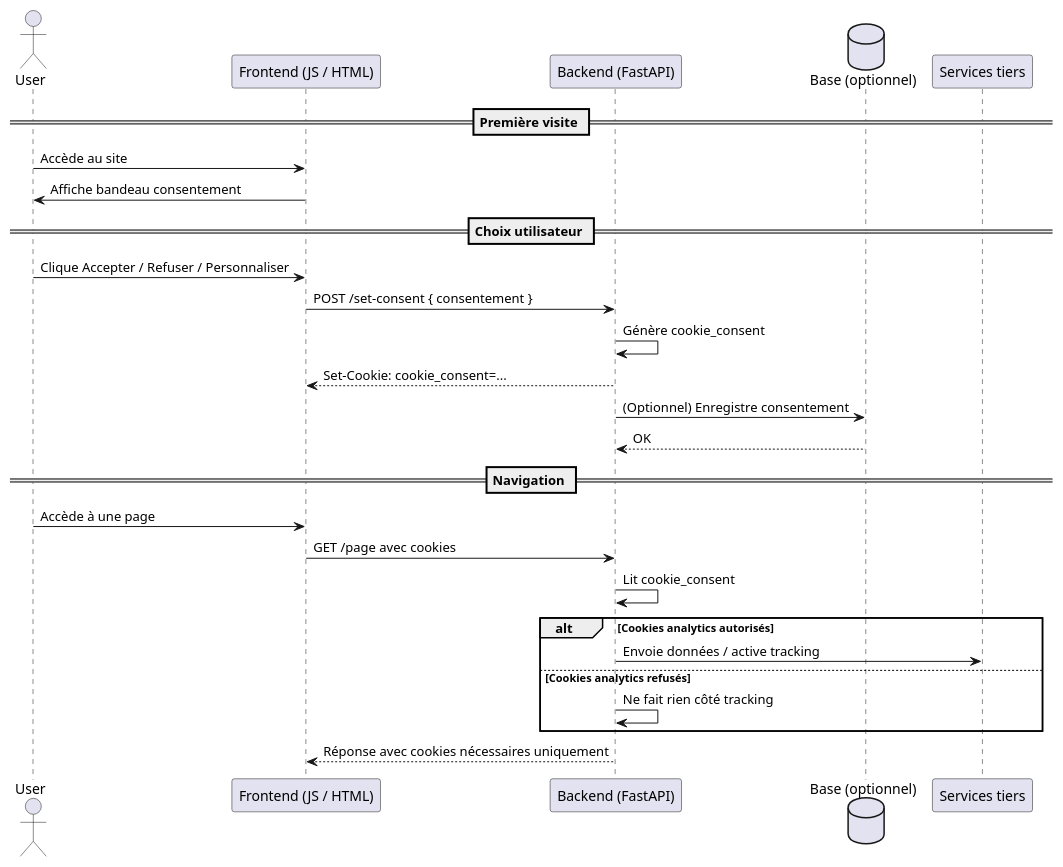
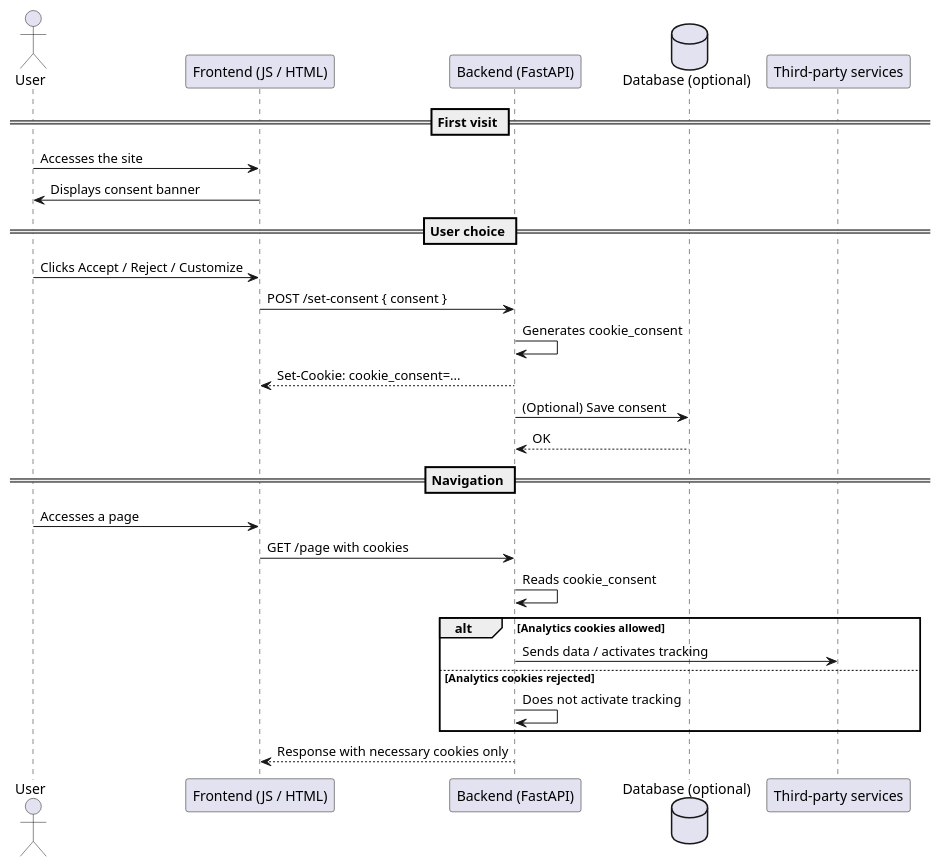
Before and after one commit to heavenssealer/GDPR-compliant-project: the diagram in frontend/architecture/cookies_consent.puml, drawn with PlantUML. The commit also changed 8 other files, not shown here.

```diff
--- a/frontend/architecture/cookies_consent.puml
+++ b/frontend/architecture/cookies_consent.puml
@@ -1,31 +1,31 @@
 @startuml
 actor "User" as User
 participant "Frontend (JS / HTML)" as Frontend
 participant "Backend (FastAPI)" as Backend
-database "Base (optionnel)" as DB
+database "Database (optional)" as DB
 
-== Première visite ==
-User -> Frontend : Accède au site
-Frontend -> User : Affiche bandeau consentement
+== First visit ==
+User -> Frontend : Accesses the site
+Frontend -> User : Displays consent banner
 
-== Choix utilisateur ==
-User -> Frontend : Clique Accepter / Refuser / Personnaliser
-Frontend -> Backend : POST /set-consent { consentement }
-Backend -> Backend : Génère cookie_consent
+== User choice ==
+User -> Frontend : Clicks Accept / Reject / Customize
+Frontend -> Backend : POST /set-consent { consent }
+Backend -> Backend : Generates cookie_consent
 Backend --> Frontend : Set-Cookie: cookie_consent=...
 
-Backend -> DB : (Optionnel) Enregistre consentement
+Backend -> DB : (Optional) Save consent
 DB --> Backend : OK
 
 == Navigation ==
-User -> Frontend : Accède à une page
-Frontend -> Backend : GET /page avec cookies
-Backend -> Backend : Lit cookie_consent
-alt Cookies analytics autorisés
-Backend -> "Services tiers" : Envoie données / active tracking
-else Cookies analytics refusés
-Backend -> Backend : Ne fait rien côté tracking
+User -> Frontend : Accesses a page
+Frontend -> Backend : GET /page with cookies
+Backend -> Backend : Reads cookie_consent
+alt Analytics cookies allowed
+Backend -> "Third-party services" : Sends data / activates tracking
+else Analytics cookies rejected
+Backend -> Backend : Does not activate tracking
 end
-Backend --> Frontend : Réponse avec cookies nécessaires uniquement
+Backend --> Frontend : Response with necessary cookies only
 
 @enduml
```
